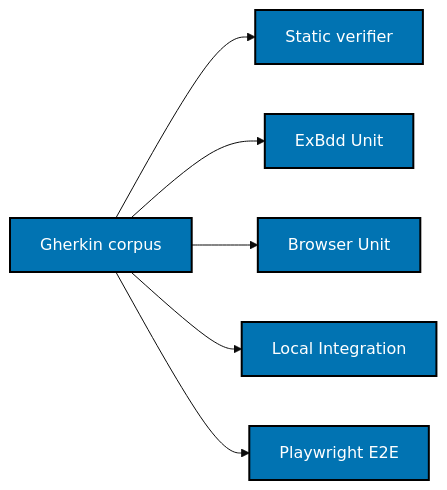
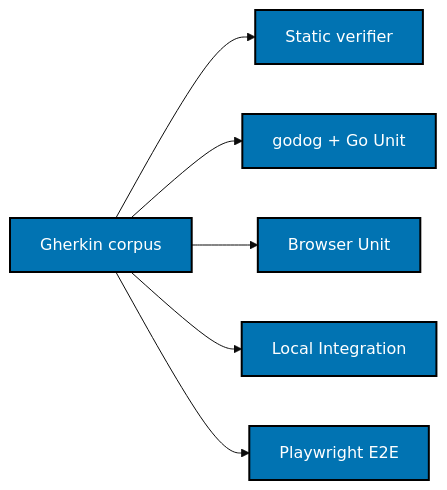
One commit to wahidyankf/ose-public changed the diagram in plans/in-progress/ayokoding-app-web/tech-docs/003-bdd-and-verification.md. Above: the diagram before and after it, drawn with Mermaid (base theme). The commit also changed other lines of this file and 9 other files, not shown here.

````diff
--- a/plans/in-progress/ayokoding-app-web/tech-docs/003-bdd-and-verification.md
+++ b/plans/in-progress/ayokoding-app-web/tech-docs/003-bdd-and-verification.md
@@ -61,11 +44,11 @@
 ```mermaid
 flowchart LR
   accTitle: Shared behavior proof
-  accDescr: One canonical corpus is verified across native Elixir, browser-helper unit, local integration, and real Playwright end-to-end adapters.
+  accDescr: One canonical corpus is verified across native Go unit, browser-helper unit, local integration, and real Playwright end-to-end adapters.
   G["Gherkin corpus"] --> V["Static verifier"]
-  G --> U["ExBdd Unit"]
+  G --> U["godog + Go Unit"]
   G --> J["Browser Unit"]
   G --> I["Local Integration"]
   G --> E["Playwright E2E"]
   classDef default fill:#0173B2,stroke:#000000,color:#FFFFFF,stroke-width:2px
 ```
````
